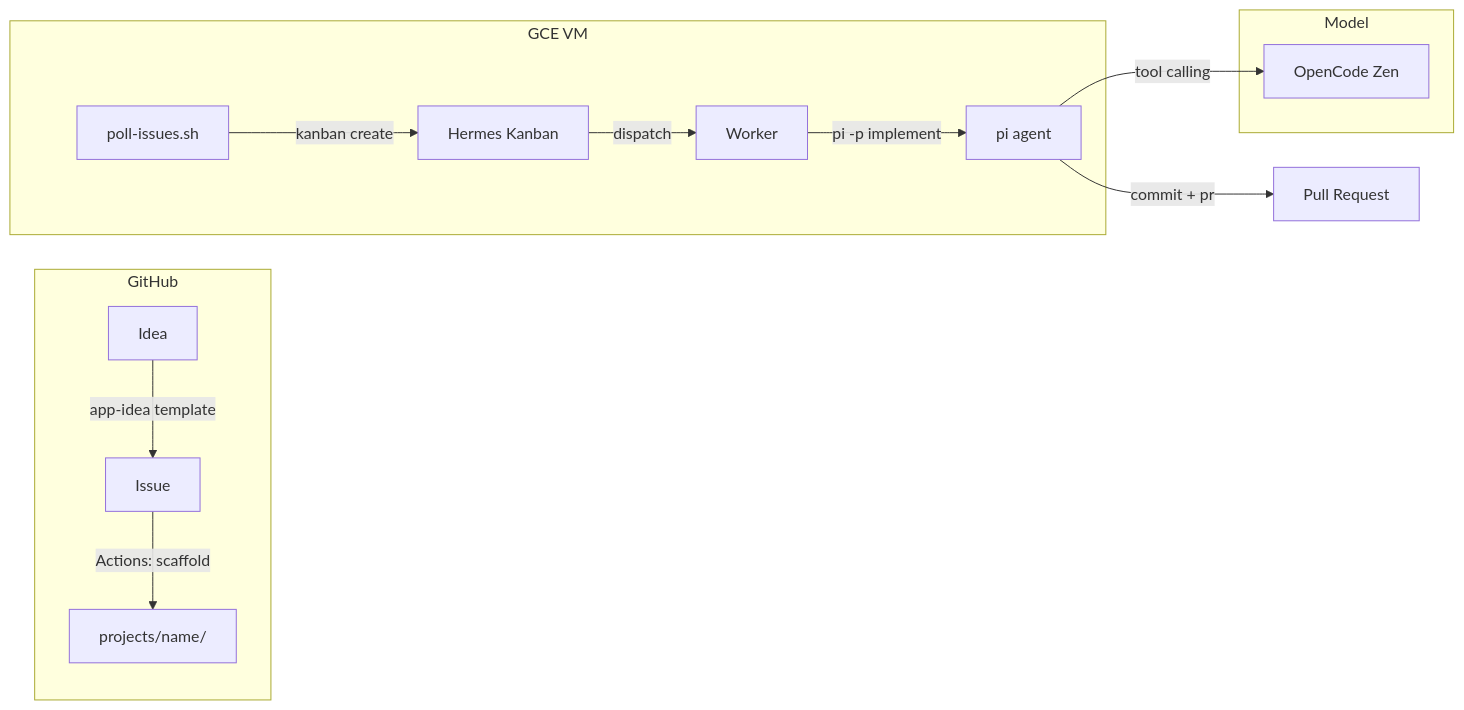
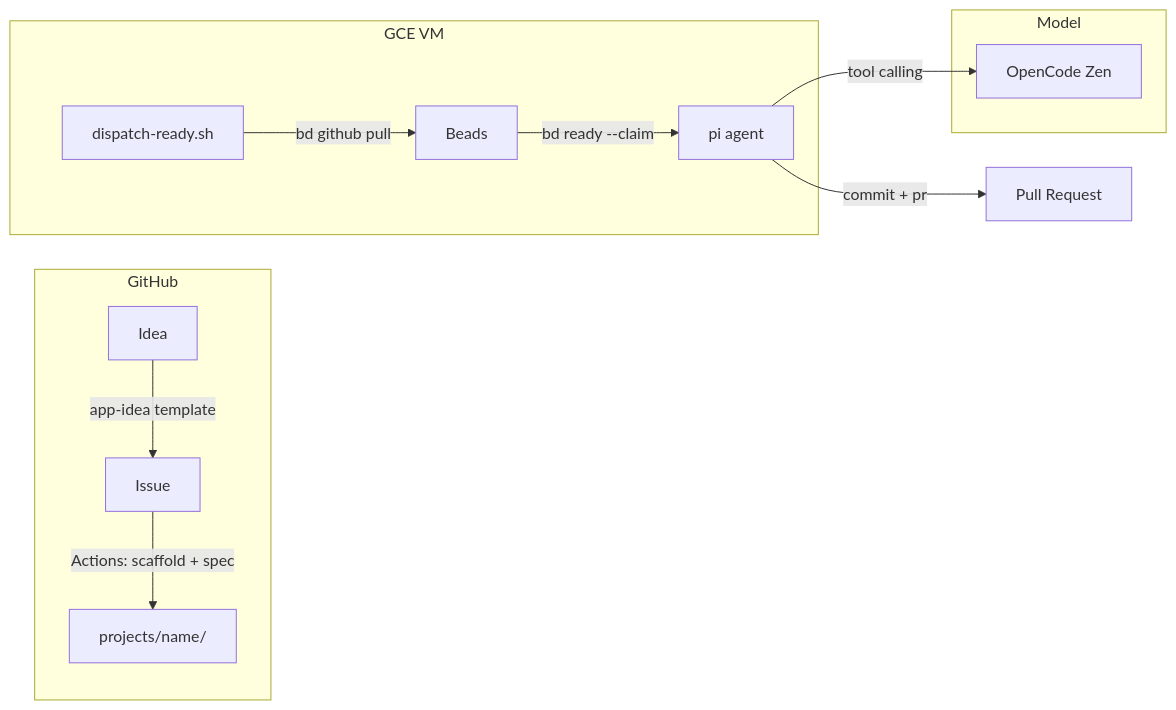
Before and after one commit to dohzoh/hermes-integrations: the first of 2 diagrams in README.md, drawn with Mermaid. The commit also changed other lines of this file, not shown here.

````diff
--- a/README.md
+++ b/README.md
@@ -7,20 +7,19 @@
 ```mermaid
 flowchart LR
   subgraph GitHub
     A[Idea] -->|app-idea template| B[Issue]
-    B -->|Actions: scaffold| C[projects/name/]
+    B -->|Actions: scaffold + spec| C[projects/name/]
   end
 
   subgraph GCE [GCE VM]
-    D[poll-issues.sh] -->|kanban create| E[Hermes Kanban]
-    E -->|dispatch| F[Worker]
-    F -->|pi -p implement| G[pi agent]
+    D[dispatch-ready.sh] -->|bd github pull| E[Beads]
+    E -->|bd ready --claim| F[pi agent]
   end
 
   subgraph Model
     H[OpenCode Zen]
   end
 
-  G -->|tool calling| H
-  G -->|commit + pr| I[Pull Request]
+  F -->|tool calling| H
+  F -->|commit + pr| I[Pull Request]
 ```
````
